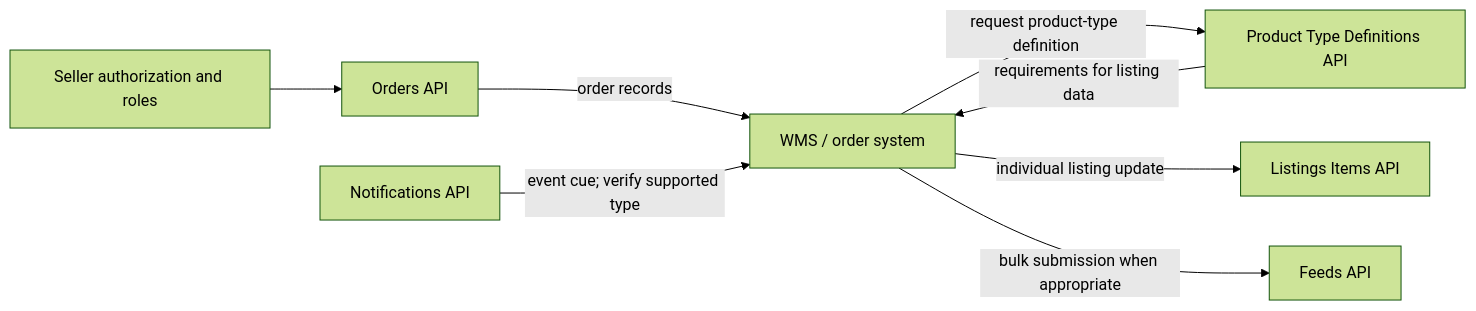
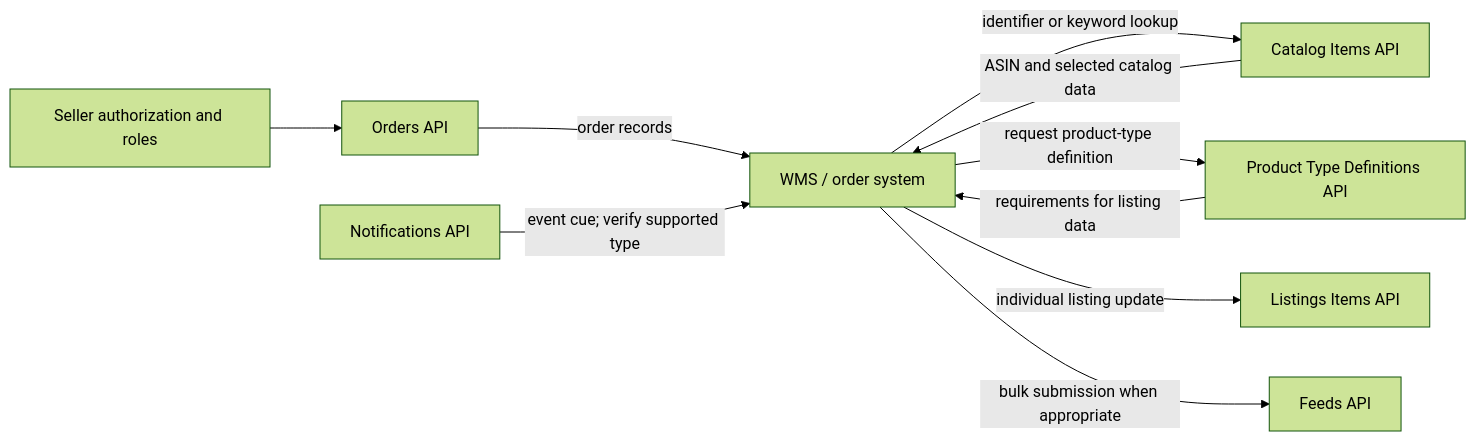
The diagram in marketplaces/amazon/apis/index.md (muhammadrakib2299/Marketplace-integration-playbook), drawn with Mermaid (forest theme) before and after one commit. The commit also changed other lines of this file and 3 other files, not shown here.

Commit message:
Document Amazon Catalog Items API workflow

````diff
--- a/marketplaces/amazon/apis/index.md
+++ b/marketplaces/amazon/apis/index.md
@@ -15,10 +16,12 @@
 ```mermaid
 flowchart LR
   Seller[Seller authorization and roles] --> Orders[Orders API]
   Orders -->|order records| WMS[WMS / order system]
+  WMS -->|identifier or keyword lookup| Catalog[Catalog Items API]
+  Catalog -->|ASIN and selected catalog data| WMS
   Events[Notifications API] -->|event cue; verify supported type| WMS
   WMS -->|request product-type definition| PTD[Product Type Definitions API]
   PTD -->|requirements for listing data| WMS
   WMS -->|individual listing update| Listings[Listings Items API]
   WMS -->|bulk submission when appropriate| Feeds[Feeds API]
 ```
````
